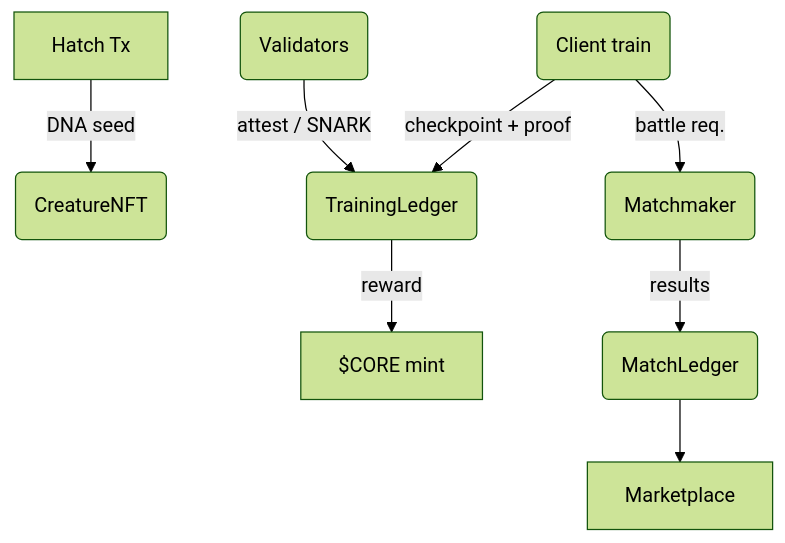
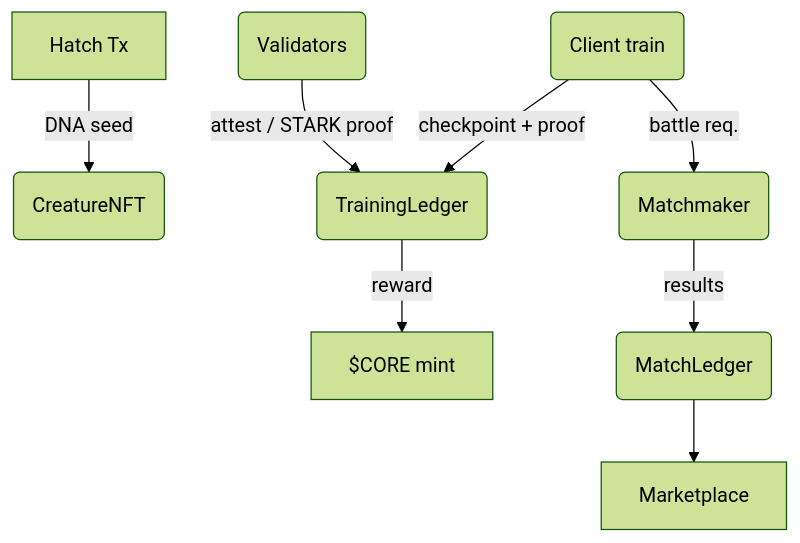
Before and after one commit to joshmorgan1000/chainbeasts: the diagram in docs/Architecture.md, drawn with Mermaid (forest theme). The commit also changed other lines of this file and 60 other files, not shown here.

````diff
--- a/docs/Architecture.md
+++ b/docs/Architecture.md
@@ -75,10 +75,10 @@
 ```mermaid
 flowchart TD
     A[Hatch Tx] -->|DNA seed| B(CreatureNFT)
     C(Client train) -->|checkpoint + proof| D(TrainingLedger)
-    E(Validators) -->|attest / SNARK| D
+    E(Validators) -->|attest / STARK proof| D
     D -->|reward| F[$CORE mint]
     C -->|battle req.| G(Matchmaker)
     G -->|results| H(MatchLedger)
     H --> Marketplace
 ```
````
